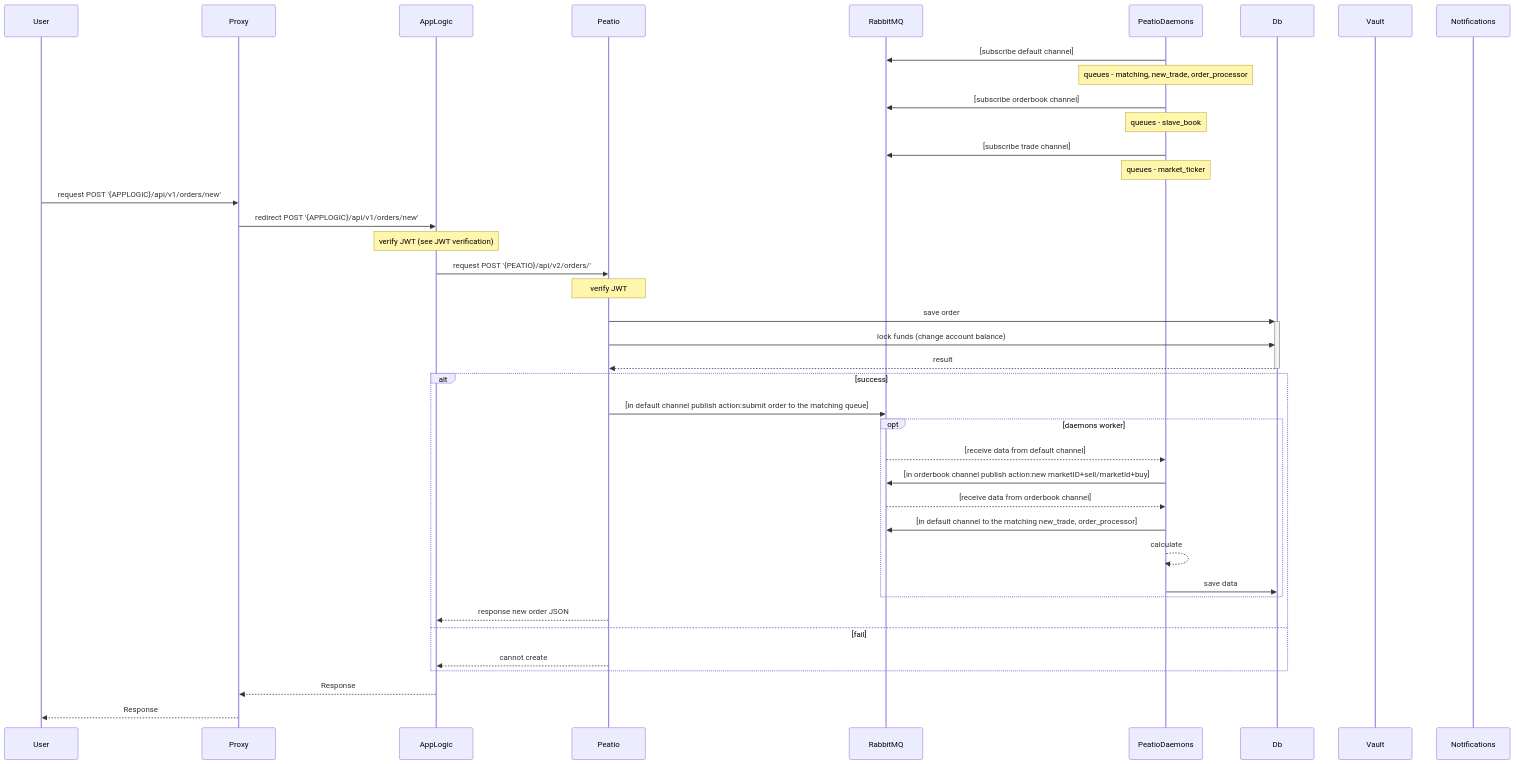
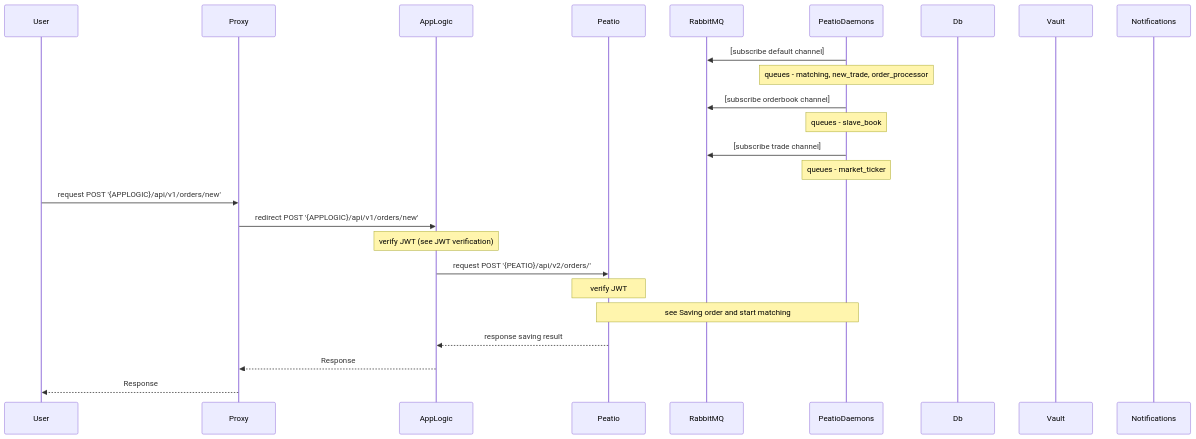
Before and after one commit to sergii-savchenko/rkcp_arch: the sixth of 31 diagrams in README.md, drawn with Mermaid. The commit also changed other lines of this file and 2 other files, not shown here.

Commit message:
render last fix

````diff
--- a/README.md
+++ b/README.md
@@ -201,43 +231,28 @@
 ```mermaid
 sequenceDiagram
     participant User
     participant Proxy
     participant AppLogic
     participant Peatio
     participant RabbitMQ
     participant PeatioDaemons
     participant Db
     participant Vault
     participant Notifications
 
     PeatioDaemons->>RabbitMQ: [subscribe default channel]
     Note over PeatioDaemons: queues - matching, new_trade, order_processor
     PeatioDaemons->>RabbitMQ: [subscribe orderbook channel]
     Note over PeatioDaemons: queues - slave_book
     PeatioDaemons->>RabbitMQ: [subscribe trade channel]
     Note over PeatioDaemons: queues - market_ticker
     User->>Proxy: request POST '{APPLOGIC}/api/v1/orders/new'
     Proxy->>AppLogic: redirect POST '{APPLOGIC}/api/v1/orders/new'
     Note over AppLogic: verify JWT (see JWT verification)
     AppLogic->>Peatio: request POST '{PEATIO}/api/v2/orders/'
     Note over Peatio: verify JWT
-    Peatio->>+Db: save order
-    Peatio->>Db: lock funds (change account balance)
-    Db-->>-Peatio: result
-    alt success
-        Peatio->>RabbitMQ: [in default channel publish action:submit order to the matching queue]
-        opt daemons worker
-            RabbitMQ-->>PeatioDaemons: [receive data from default channel]
-            PeatioDaemons->>RabbitMQ: [in orderbook channel publish action:new marketID+sell/marketId+buy]
-            RabbitMQ-->>PeatioDaemons: [receive data from orderbook channel]
-            PeatioDaemons->>RabbitMQ: [in default channel to the matching new_trade, order_processor]
-            PeatioDaemons-->>PeatioDaemons: calculate
-            PeatioDaemons->>Db: save data
-        end
-        Peatio-->>AppLogic: response new order JSON
-    else fail
-        Peatio-->>AppLogic: cannot create
-    end
+    Note over Peatio, PeatioDaemons: see Saving order and start matching
+    Peatio-->>AppLogic: response saving result
     AppLogic-->>Proxy: Response
     Proxy-->>User: Response
 ```
````
